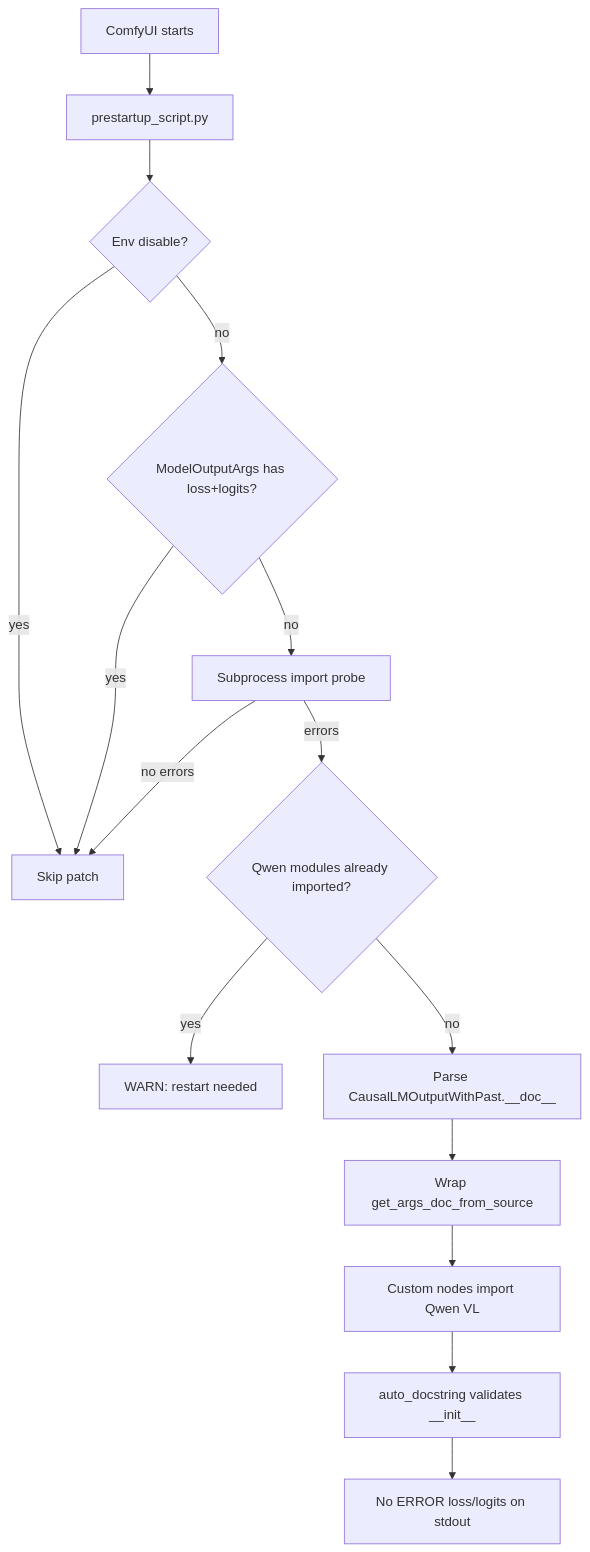
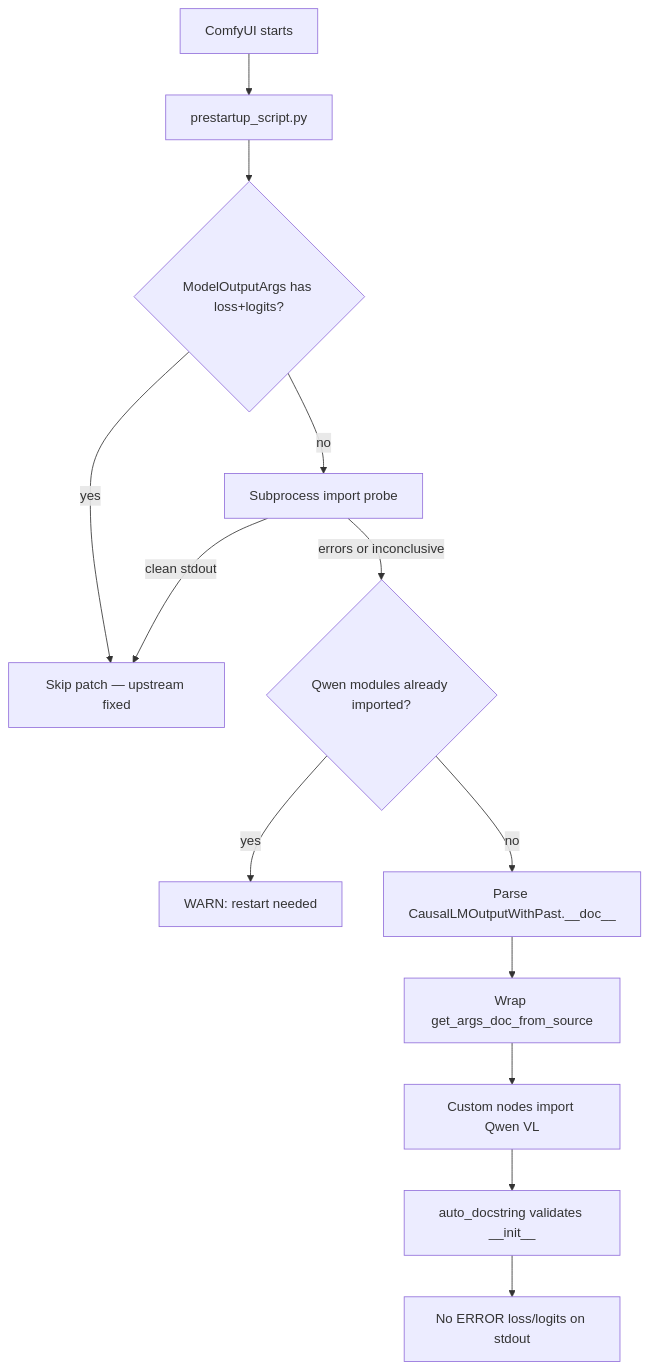
One commit to ussoewwin/ComfyUI-QwenImageLoraLoader changed the diagram in md/TRANSFORMERS_QWEN_VL_CAUSAL_LM_DOCSTRING_PATCH.md. Above: the diagram before and after it, drawn with Mermaid. The commit also changed other lines of this file and 1 other file, not shown here.

Commit message:
docs: upstream auto-disable for CausalLM docstring patch

````diff
--- a/md/TRANSFORMERS_QWEN_VL_CAUSAL_LM_DOCSTRING_PATCH.md
+++ b/md/TRANSFORMERS_QWEN_VL_CAUSAL_LM_DOCSTRING_PATCH.md
@@ -521,17 +194,15 @@
 ```mermaid
 flowchart TD
     A[ComfyUI starts] --> B[prestartup_script.py]
-    B --> C{Env disable?}
-    C -->|yes| Z[Skip patch]
-    C -->|no| D{ModelOutputArgs has loss+logits?}
-    D -->|yes| Z
+    B --> D{ModelOutputArgs has loss+logits?}
+    D -->|yes| Z[Skip patch — upstream fixed]
     D -->|no| E[Subprocess import probe]
-    E -->|no errors| Z
-    E -->|errors| F{Qwen modules already imported?}
+    E -->|clean stdout| Z
+    E -->|errors or inconclusive| F{Qwen modules already imported?}
     F -->|yes| W[WARN: restart needed]
     F -->|no| G[Parse CausalLMOutputWithPast.__doc__]
     G --> H[Wrap get_args_doc_from_source]
     H --> I[Custom nodes import Qwen VL]
     I --> J[auto_docstring validates __init__]
     J --> K[No ERROR loss/logits on stdout]
 ```
````
